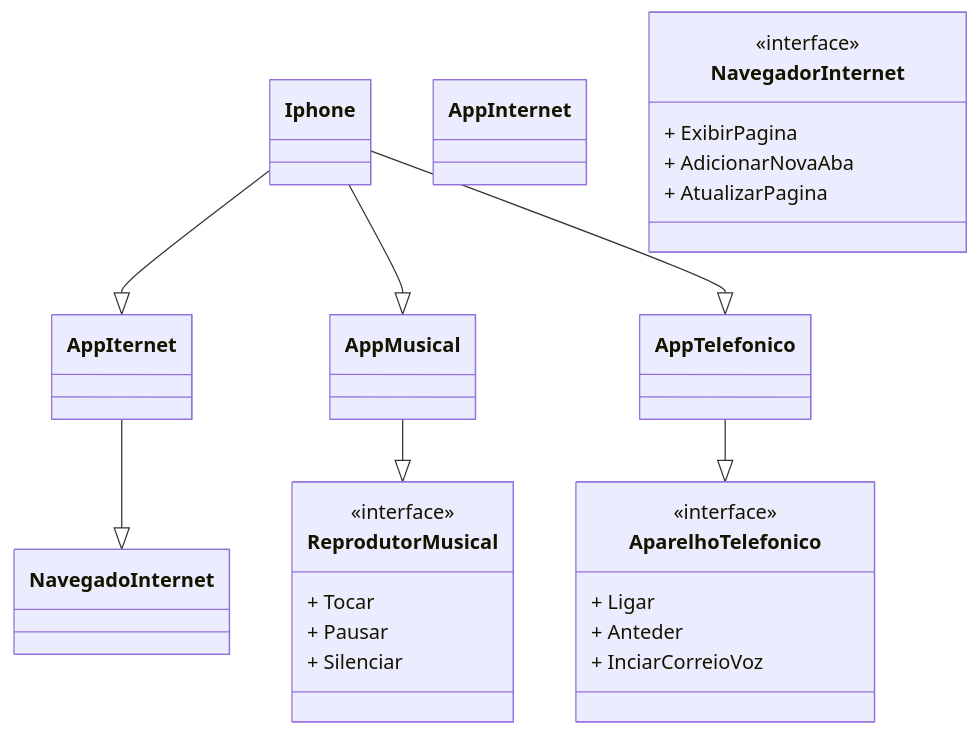
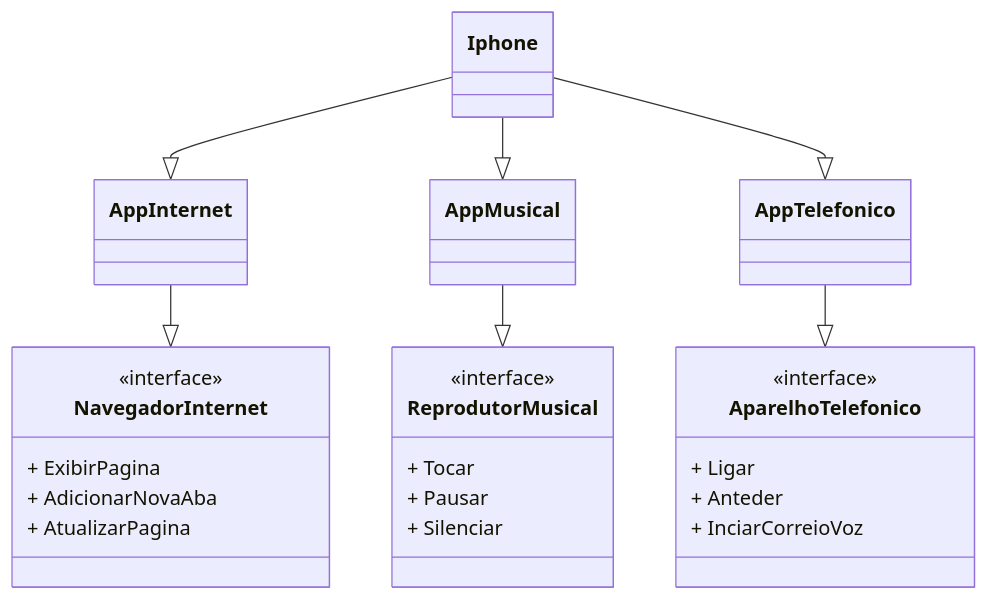
Before and after one commit to MarcosPauloDosSantosSilva/Desafio_Dio_modelando_Iphone: the diagram in README.md, drawn with Mermaid.

````diff
--- a/README.md
+++ b/README.md
@@ -4,53 +4,53 @@
 ```mermaid
 
 
 classDiagram
 
 class Iphone{  
       
   }
 
  class AppInternet{
  }
 
  class AppMusical{
  }
 
  class AppTelefonico{
  }
 
 
 
 
   class ReprodutorMusical{
        <<interface>>
     + Tocar
     + Pausar
     + Silenciar   
   }
 
   class AparelhoTelefonico{
        <<interface>>
     + Ligar
     + Anteder
     + InciarCorreioVoz    
   }
 
  class NavegadorInternet{
        <<interface>>
     + ExibirPagina
     + AdicionarNovaAba
     + AtualizarPagina	
  }
 
-AppIternet--|>NavegadoInternet
+AppInternet--|>NavegadorInternet
 AppMusical--|>ReprodutorMusical
 AppTelefonico--|>AparelhoTelefonico
 
 
-Iphone--|>AppIternet
+Iphone--|>AppInternet
 Iphone--|>AppMusical
 Iphone--|>AppTelefonico
 
 
 ```
````
